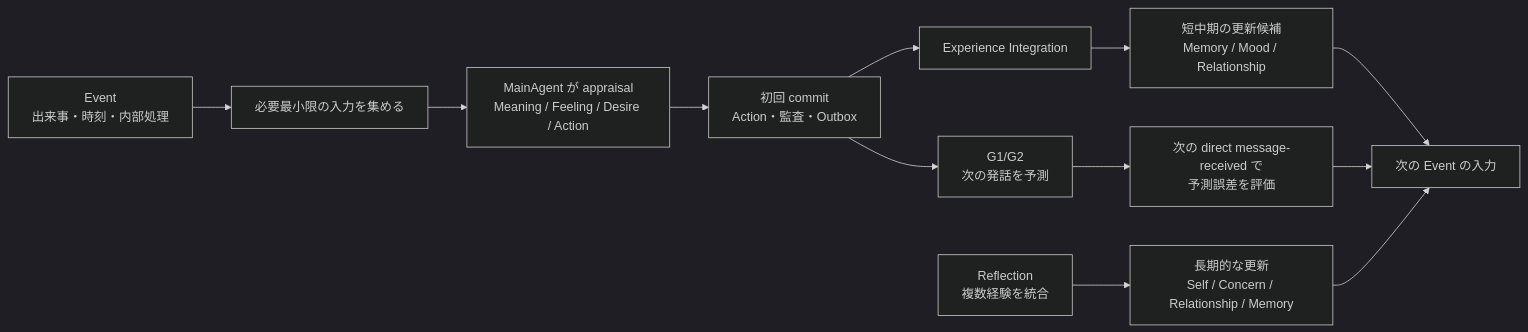
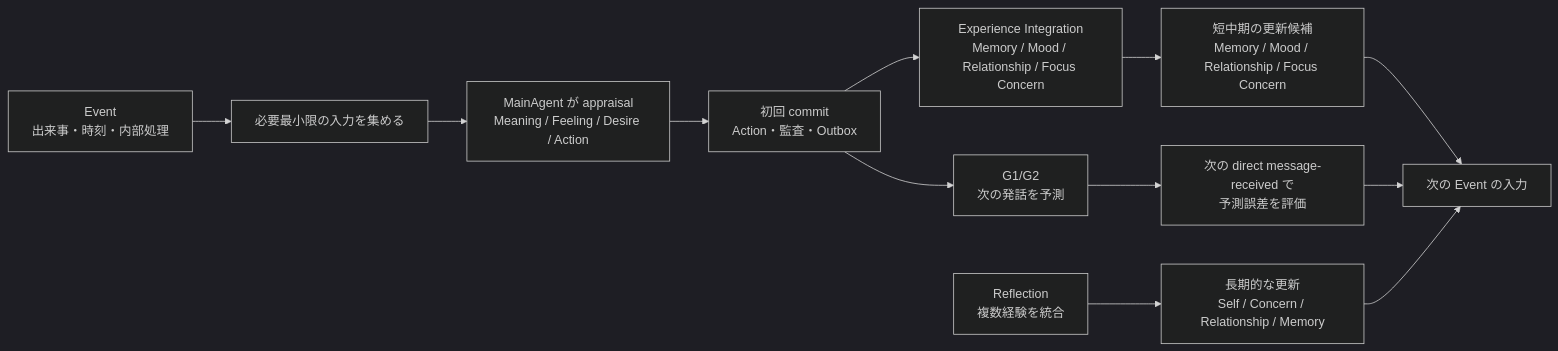
One commit to if001/social_agent changed the first of 6 diagrams in docs/AGENT_EVENT_AND_EXPERIENCE_OVERVIEW.md. Above: the diagram before and after it, drawn with Mermaid (dark theme). The commit also changed other lines of this file and 8 other files, not shown here.

````diff
--- a/docs/AGENT_EVENT_AND_EXPERIENCE_OVERVIEW.md
+++ b/docs/AGENT_EVENT_AND_EXPERIENCE_OVERVIEW.md
@@ -9,14 +9,14 @@
 ```mermaid
 flowchart LR
     E[Event<br/>出来事・時刻・内部処理] --> I[必要最小限の入力を集める]
     I --> A[MainAgent が appraisal<br/>Meaning / Feeling / Desire / Action]
     A --> C[初回 commit<br/>Action・監査・Outbox]
-    C --> X[Experience Integration]
-    X --> S[短中期の更新候補<br/>Memory / Mood / Relationship]
+    C --> X[Experience Integration<br/>Memory / Mood / Relationship / Focus Concern]
+    X --> S[短中期の更新候補<br/>Memory / Mood / Relationship / Focus Concern]
     C --> P[G1/G2<br/>次の発話を予測]
     P --> PE[次の direct message-received で<br/>予測誤差を評価]
     S --> N[次の Event の入力]
     PE --> N
     R[Reflection<br/>複数経験を統合] --> L[長期的な更新<br/>Self / Concern / Relationship / Memory]
     L --> N
 ```
````
